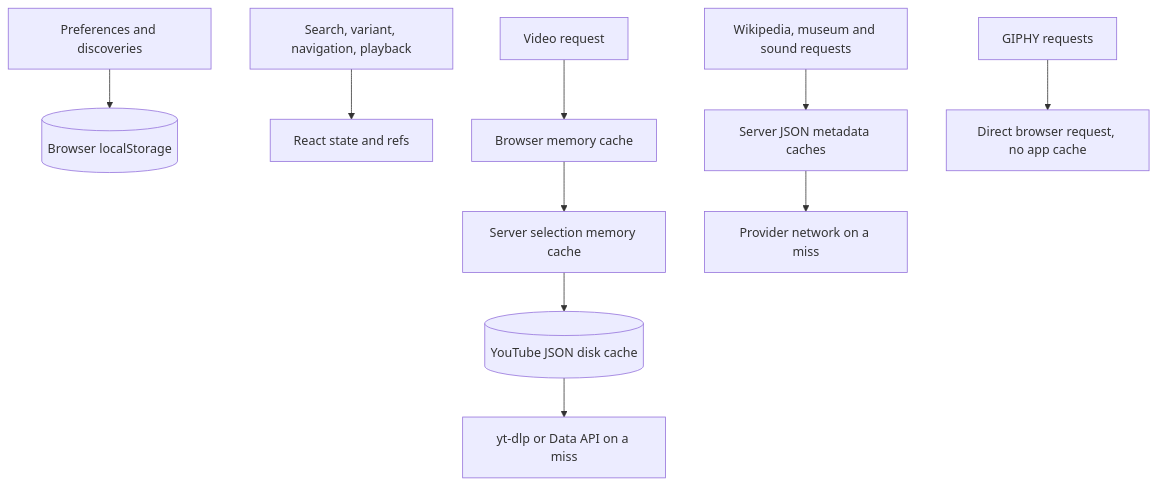
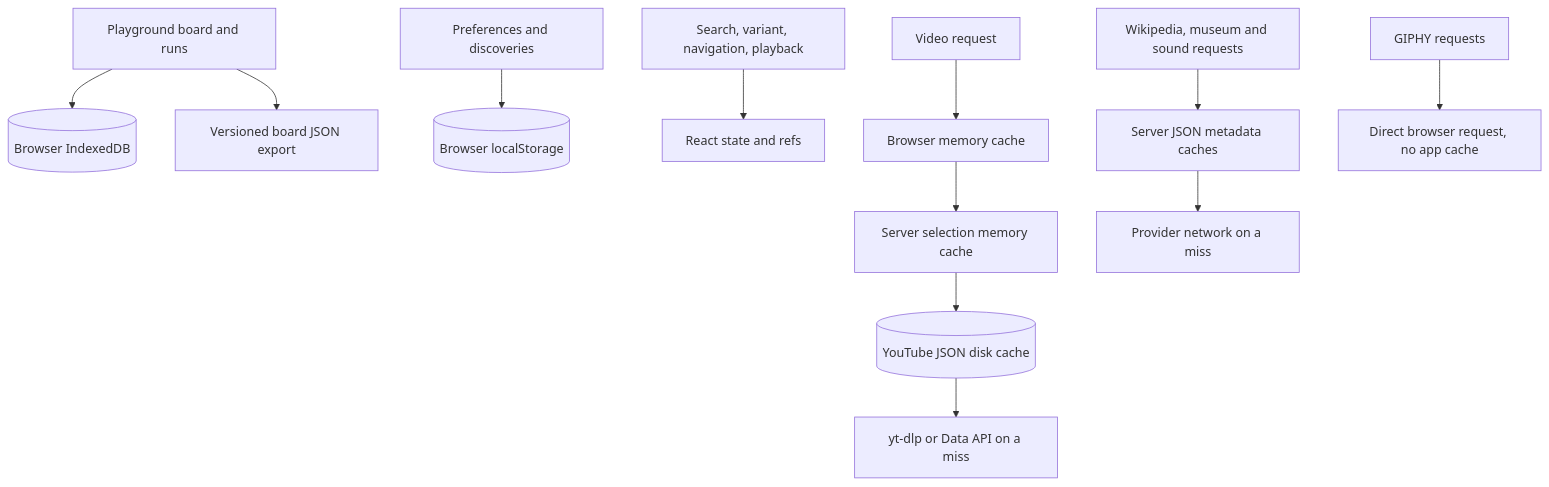
One commit to juandarr/emoji-dream-maker changed the fifth of 6 diagrams in docs/architecture-overview.md. Above: the diagram before and after it, drawn with Mermaid. The commit also changed other lines of this file and 15 other files, not shown here.

````diff
--- a/docs/architecture-overview.md
+++ b/docs/architecture-overview.md
@@ -271,12 +295,14 @@
 ```mermaid
 flowchart TD
+  BOARD[Playground board and runs] --> IDB[(Browser IndexedDB)]
+  BOARD --> EXPORT[Versioned board JSON export]
   PREF[Preferences and discoveries] --> LS[(Browser localStorage)]
   EDIT[Search, variant, navigation, playback] --> STATE[React state and refs]
   VIDEO[Video request] --> BC[Browser memory cache]
   BC --> SC[Server selection memory cache]
   SC --> DC[(YouTube JSON disk cache)]
   DC --> TRANSPORT[yt-dlp or Data API on a miss]
   OTHER[Wikipedia, museum and sound requests] --> MC[Server JSON metadata caches]
   MC --> NETWORK[Provider network on a miss]
   GIF[GIPHY requests] --> DIRECT[Direct browser request, no app cache]
 ```
````
